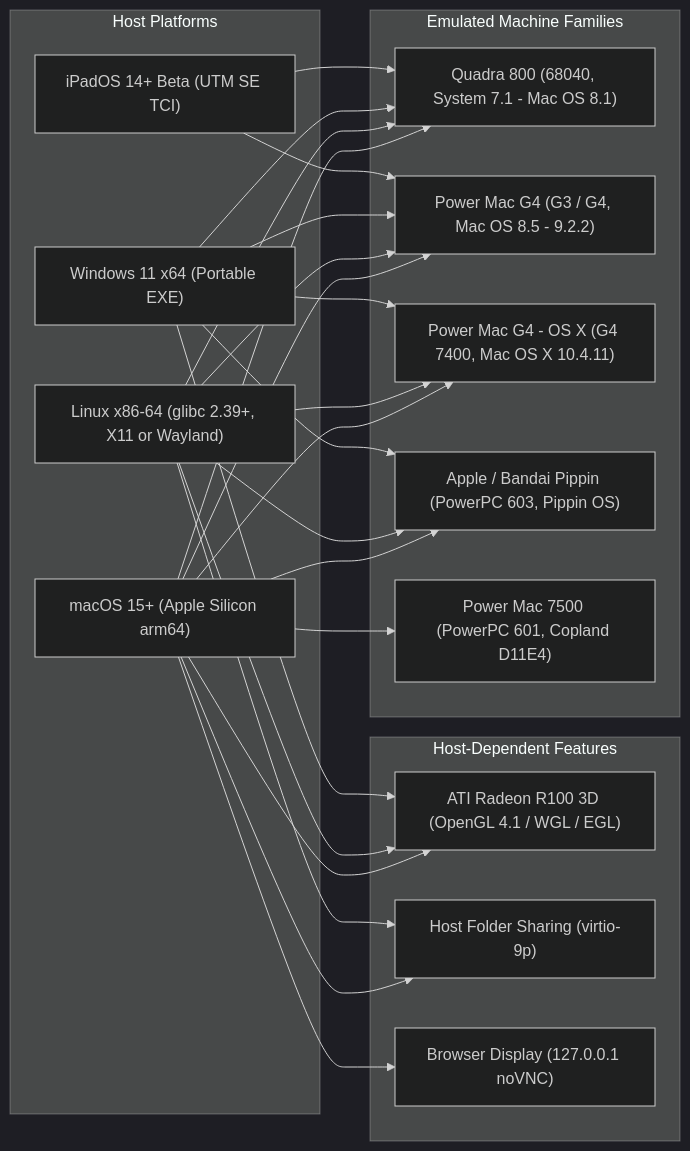
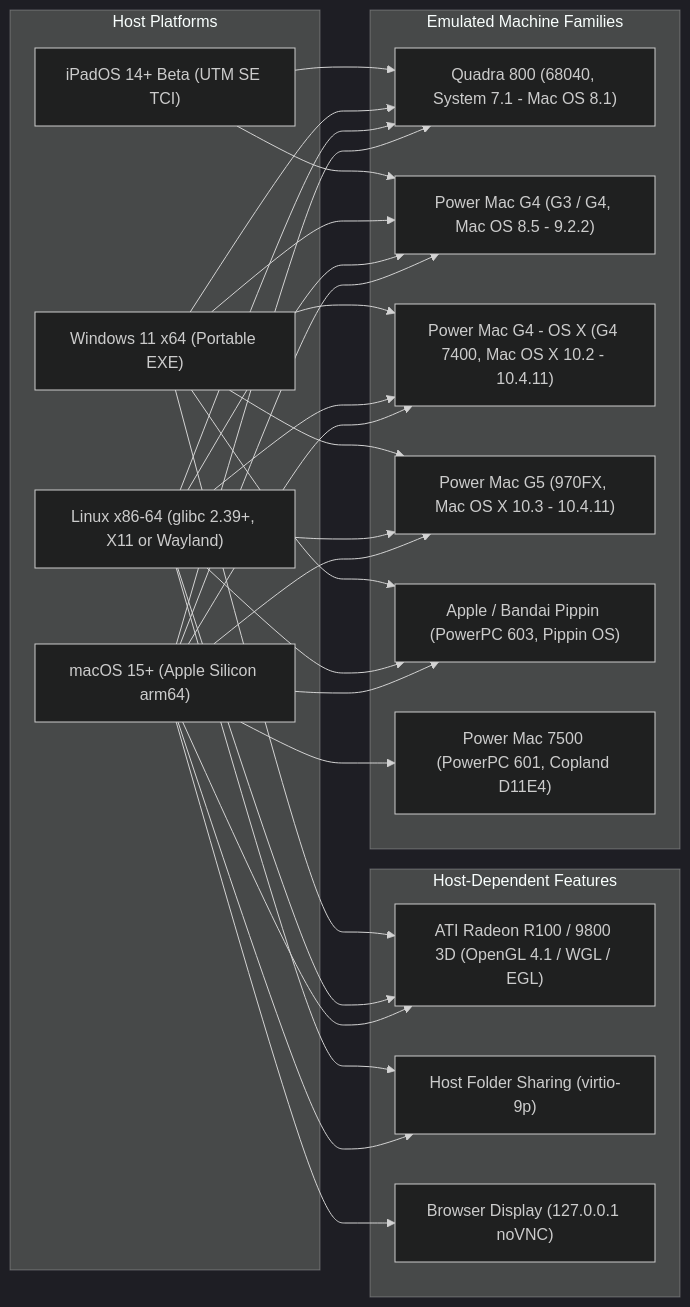
Before and after one commit to amcchord/ClassicMac: the diagram in docs/manual/01-system-requirements.md, drawn with Mermaid (dark theme). The commit also changed other lines of this file and 72 other files, not shown here.

Commit message:
ClassicMac 5.1.0: Power Mac G5 support

````diff
--- a/docs/manual/01-system-requirements.md
+++ b/docs/manual/01-system-requirements.md
@@ -36,48 +36,52 @@
 ```mermaid
 flowchart LR
     subgraph Hosts["Host Platforms"]
         MAC["macOS 15+ (Apple Silicon arm64)"]
         LIN["Linux x86-64 (glibc 2.39+, X11 or Wayland)"]
         WIN["Windows 11 x64 (Portable EXE)"]
         IPAD["iPadOS 14+ Beta (UTM SE TCI)"]
     end
 
     subgraph Guests["Emulated Machine Families"]
         Q800["Quadra 800 (68040, System 7.1 - Mac OS 8.1)"]
         PMG4["Power Mac G4 (G3 / G4, Mac OS 8.5 - 9.2.2)"]
-        OSX["Power Mac G4 - OS X (G4 7400, Mac OS X 10.4.11)"]
+        OSX["Power Mac G4 - OS X (G4 7400, Mac OS X 10.2 - 10.4.11)"]
+        PMG5["Power Mac G5 (970FX, Mac OS X 10.3 - 10.4.11)"]
         PIP["Apple / Bandai Pippin (PowerPC 603, Pippin OS)"]
         COP["Power Mac 7500 (PowerPC 601, Copland D11E4)"]
     end
 
     subgraph Extras["Host-Dependent Features"]
-        ATI["ATI Radeon R100 3D (OpenGL 4.1 / WGL / EGL)"]
+        ATI["ATI Radeon R100 / 9800 3D (OpenGL 4.1 / WGL / EGL)"]
         SH["Host Folder Sharing (virtio-9p)"]
         BR["Browser Display (127.0.0.1 noVNC)"]
     end
 
     MAC --> Q800
     MAC --> PMG4
     MAC --> OSX
+    MAC --> PMG5
     MAC --> PIP
     MAC --> COP
     MAC --> ATI
     MAC --> SH
     MAC --> BR
 
     LIN --> Q800
     LIN --> PMG4
     LIN --> OSX
+    LIN --> PMG5
     LIN --> PIP
     LIN --> ATI
     LIN --> SH
 
     WIN --> Q800
     WIN --> PMG4
     WIN --> OSX
+    WIN --> PMG5
     WIN --> PIP
     WIN --> ATI
 
     IPAD --> Q800
     IPAD --> PMG4
 ```
````
